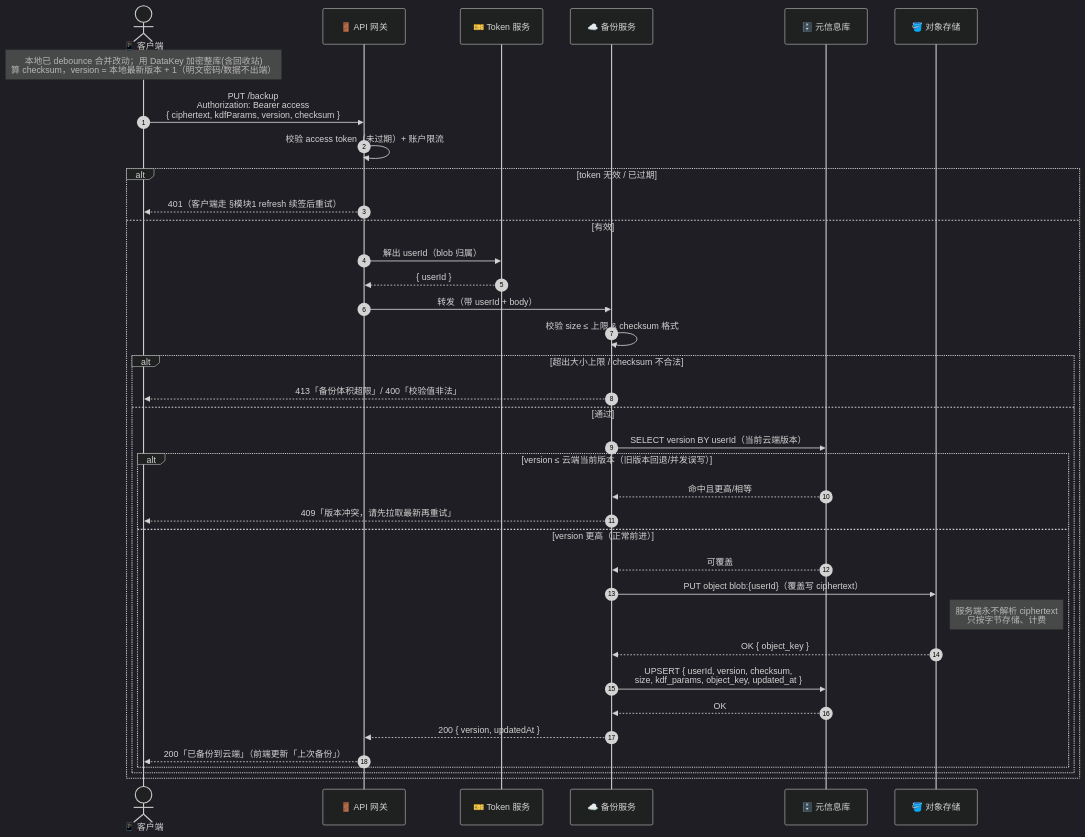
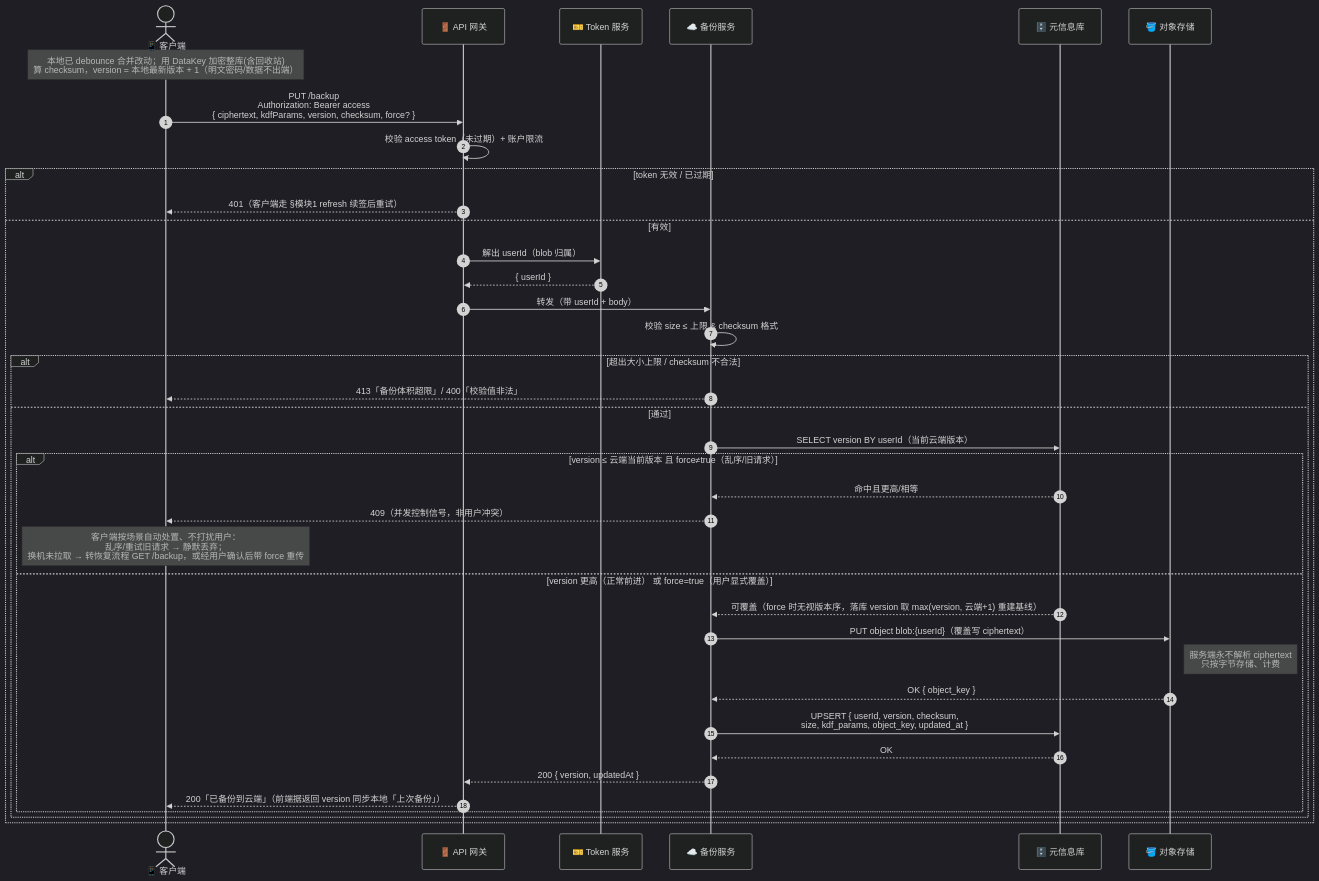
One commit to zs2731070169-web/safe_password_management changed the third of 6 diagrams in SDD/SafeVault模块2-加密备份blob存储-时序图 v1.0.md. Above: the diagram before and after it, drawn with Mermaid (dark theme). The commit also changed other lines of this file and 69 other files, not shown here.

````diff
--- a/SDD/SafeVault模块2-加密备份blob存储-时序图 v1.0.md
+++ b/SDD/SafeVault模块2-加密备份blob存储-时序图 v1.0.md
@@ -78,41 +82,42 @@
 ```mermaid
 sequenceDiagram
     autonumber
     actor App as 📱 客户端
     participant GW as 🚪 API 网关
     participant Token as 🎫 Token 服务
     participant Backup as ☁️ 备份服务
     participant Meta as 🗄️ 元信息库
     participant OSS as 🪣 对象存储
 
     Note over App: 本地已 debounce 合并改动；用 DataKey 加密整库(含回收站)<br/>算 checksum，version = 本地最新版本 + 1（明文密码/数据不出端）
-    App->>GW: PUT /backup<br/>Authorization: Bearer access<br/>{ ciphertext, kdfParams, version, checksum }
+    App->>GW: PUT /backup<br/>Authorization: Bearer access<br/>{ ciphertext, kdfParams, version, checksum, force? }
     GW->>GW: 校验 access token（未过期）+ 账户限流
     alt token 无效 / 已过期
         GW-->>App: 401（客户端走 §模块1 refresh 续签后重试）
     else 有效
         GW->>Token: 解出 userId（blob 归属）
         Token-->>GW: { userId }
         GW->>Backup: 转发（带 userId + body）
 
         Backup->>Backup: 校验 size ≤ 上限 & checksum 格式
         alt 超出大小上限 / checksum 不合法
             Backup-->>App: 413「备份体积超限」/ 400「校验值非法」
         else 通过
             Backup->>Meta: SELECT version BY userId（当前云端版本）
-            alt version ≤ 云端当前版本（旧版本回退/并发误写）
+            alt version ≤ 云端当前版本 且 force≠true（乱序/旧请求）
                 Meta-->>Backup: 命中且更高/相等
-                Backup-->>App: 409「版本冲突，请先拉取最新再重试」
-            else version 更高（正常前进）
-                Meta-->>Backup: 可覆盖
+                Backup-->>App: 409（并发控制信号，非用户冲突）
+                Note over App: 客户端按场景自动处置、不打扰用户：<br/>乱序/重试旧请求 → 静默丢弃；<br/>换机未拉取 → 转恢复流程 GET /backup，或经用户确认后带 force 重传
+            else version 更高（正常前进） 或 force=true（用户显式覆盖）
+                Meta-->>Backup: 可覆盖（force 时无视版本序，落库 version 取 max(version, 云端+1) 重建基线）
                 Backup->>OSS: PUT object blob:{userId}（覆盖写 ciphertext）
                 Note right of OSS: 服务端永不解析 ciphertext<br/>只按字节存储、计费
                 OSS-->>Backup: OK { object_key }
                 Backup->>Meta: UPSERT { userId, version, checksum,<br/>size, kdf_params, object_key, updated_at }
                 Meta-->>Backup: OK
                 Backup-->>GW: 200 { version, updatedAt }
-                GW-->>App: 200「已备份到云端」（前端更新「上次备份」）
+                GW-->>App: 200「已备份到云端」（前端据返回 version 同步本地「上次备份」）
             end
         end
     end
 ```
````
